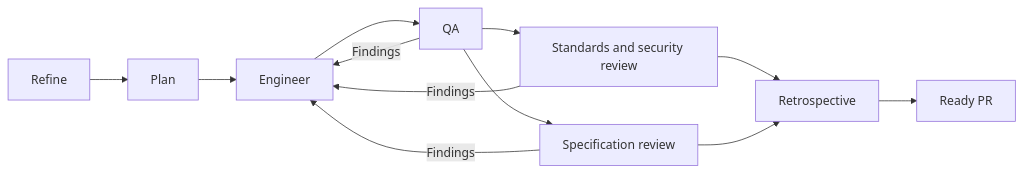
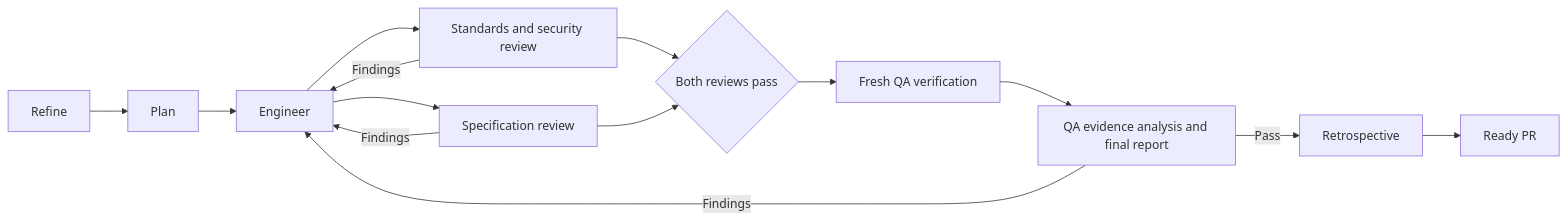
One commit to pabloquadrado/eleggante-tournament-management changed the diagram in docs/agents/implementation-workflow.md. Above: the diagram before and after it, drawn with Mermaid. The commit also changed other lines of this file and 18 other files, not shown here.

````diff
--- a/docs/agents/implementation-workflow.md
+++ b/docs/agents/implementation-workflow.md
@@ -55,12 +57,15 @@
 ```mermaid
 flowchart LR
-  R[Refine] --> P[Plan] --> E[Engineer] --> Q[QA]
-  Q --> S[Standards and security review]
-  Q --> C[Specification review]
-  S --> T[Retrospective]
-  C --> T
+  R[Refine] --> P[Plan] --> E[Engineer]
+  E --> S[Standards and security review]
+  E --> C[Specification review]
+  S --> B{Both reviews pass}
+  C --> B
+  B --> V[Fresh QA verification]
+  V --> Q[QA evidence analysis and final report]
+  Q -->|Pass| T[Retrospective]
   T --> D[Ready PR]
   Q -->|Findings| E
   S -->|Findings| E
   C -->|Findings| E
 ```
````
